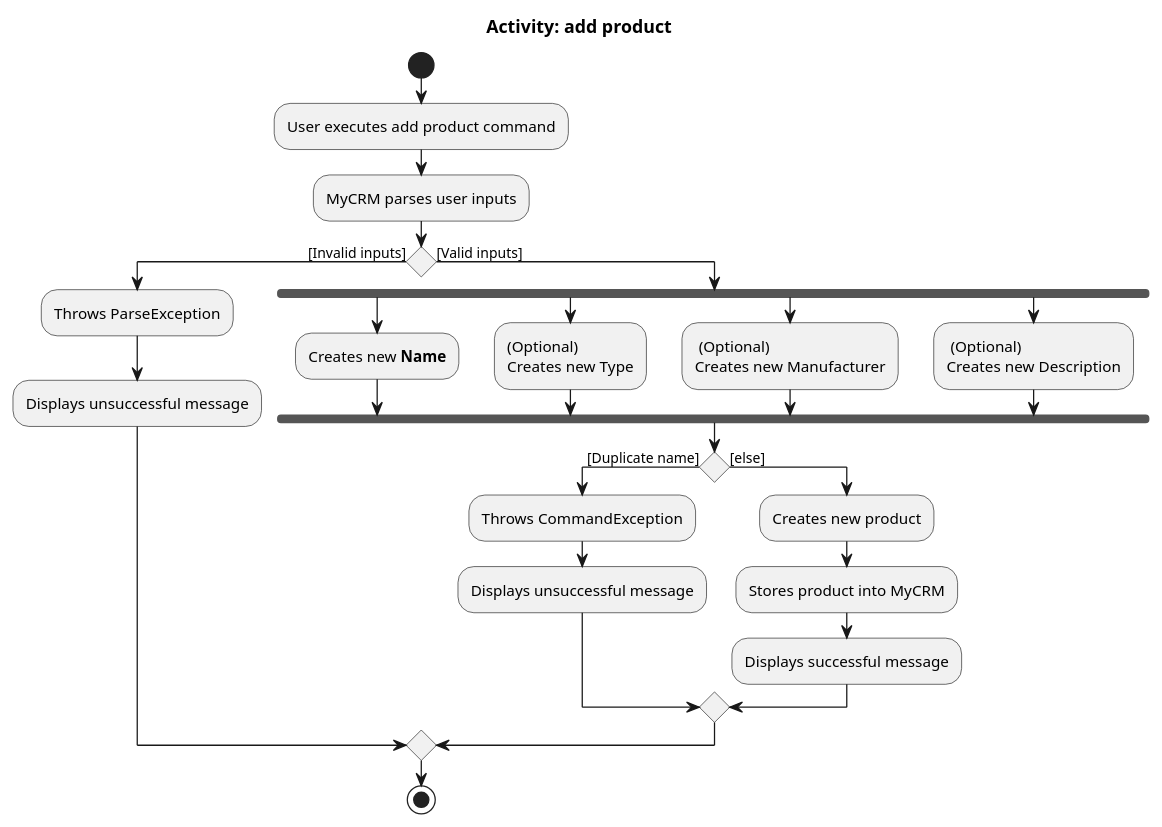
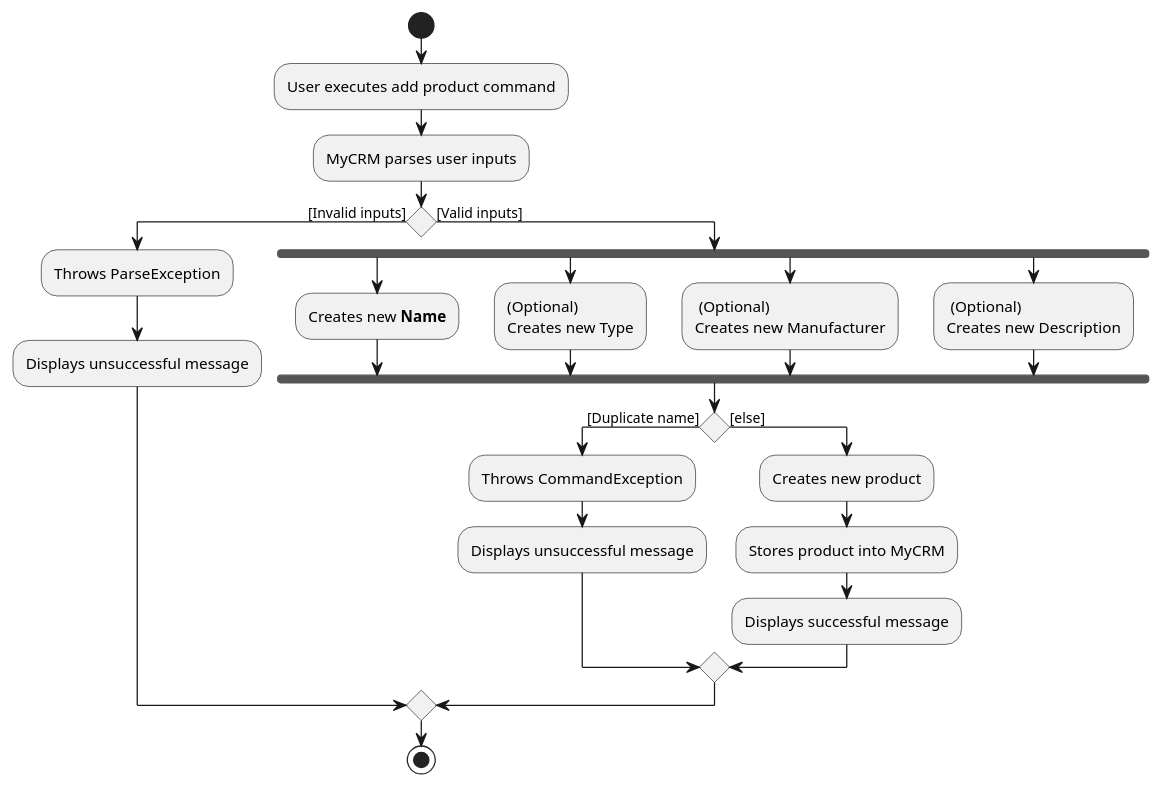
Before and after one commit to ooawagaeri/tp: the diagram in docs/diagrams/product/AddProductActivityDiagram.puml, drawn with PlantUML. The commit also changed 8 other files, not shown here.

Commit message:
DG: Remove diagram headers; add manual test instruction for theme

```diff
--- a/docs/diagrams/product/AddProductActivityDiagram.puml
+++ b/docs/diagrams/product/AddProductActivityDiagram.puml
@@ -1,33 +1,32 @@
 @startuml
-title Activity: add product
 start
 :User executes add product command;
 :MyCRM parses user inputs;
 if () then ([Invalid inputs])
     :Throws ParseException;
     :Displays unsuccessful message;
 else ([Valid inputs])
     fork
     :Creates new **Name**;
     fork again
     :(Optional)
     Creates new Type;
     fork again
     : (Optional)
     Creates new Manufacturer;
     fork again
     : (Optional)
     Creates new Description;
     end fork
 if () then ([Duplicate name])
     :Throws CommandException;
     :Displays unsuccessful message;
 else ([else])
     :Creates new product;
     :Stores product into MyCRM;
     :Displays successful message;
 endif
 endif
 stop
 
 @enduml
```
